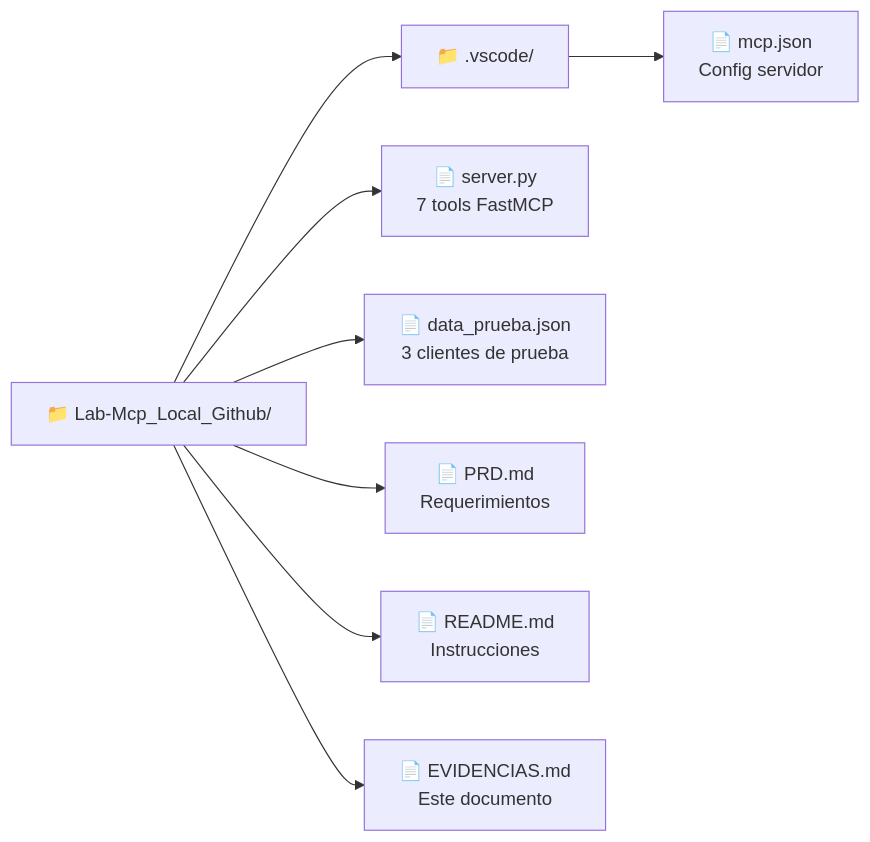
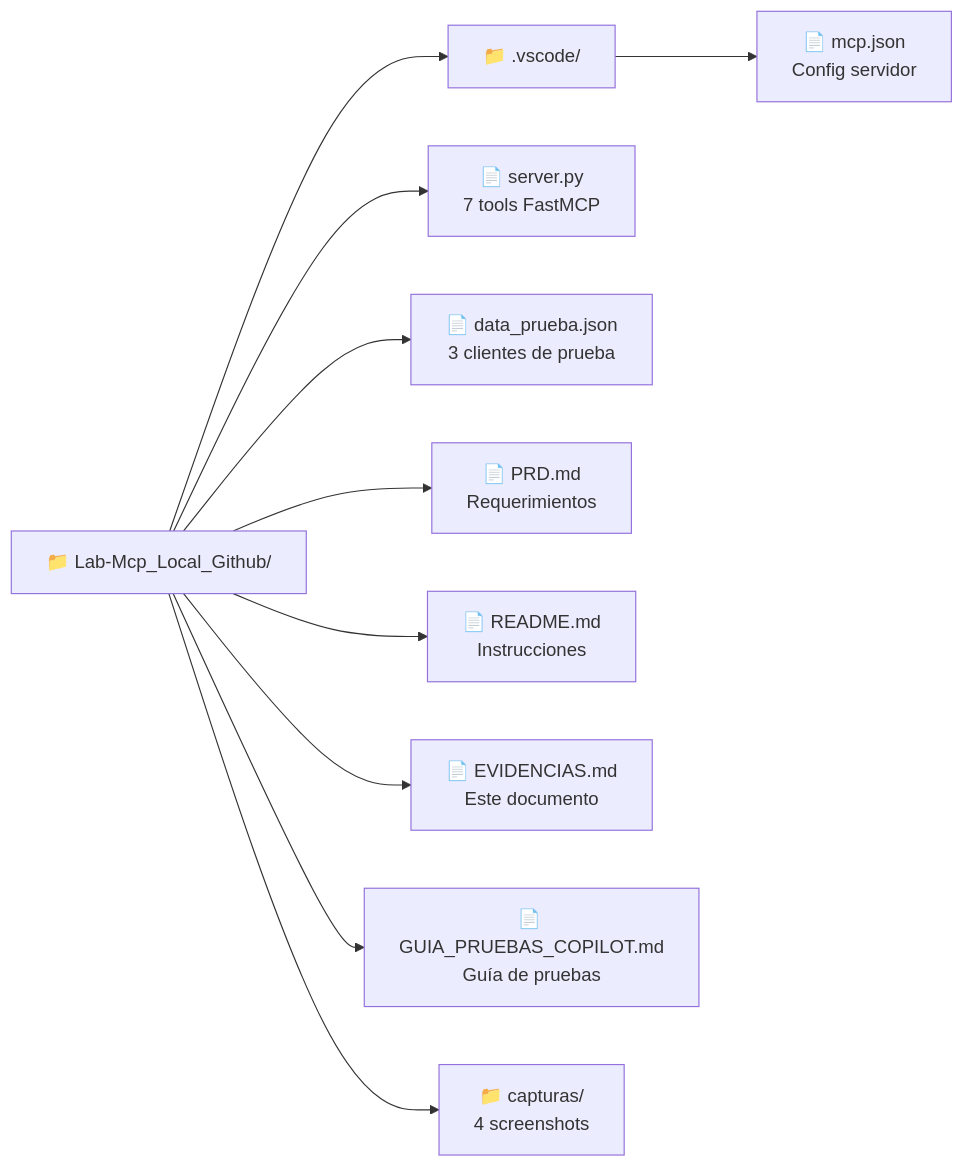
The third of 3 diagrams in EVIDENCIAS.md (RamsesSzobotka/Lab-Mcp_Local_Github), drawn with Mermaid before and after one commit. The commit also changed other lines of this file and 4 other files, not shown here.

````diff
--- a/EVIDENCIAS.md
+++ b/EVIDENCIAS.md
@@ -103,11 +102,13 @@
 ```mermaid
 graph LR
     A["📁 Lab-Mcp_Local_Github/"]
     A --> B["📁 .vscode/"]
     B --> B1["📄 mcp.json<br/>Config servidor"]
     A --> C["📄 server.py<br/>7 tools FastMCP"]
     A --> D["📄 data_prueba.json<br/>3 clientes de prueba"]
     A --> E["📄 PRD.md<br/>Requerimientos"]
     A --> F["📄 README.md<br/>Instrucciones"]
     A --> G["📄 EVIDENCIAS.md<br/>Este documento"]
+    A --> H["📄 GUIA_PRUEBAS_COPILOT.md<br/>Guía de pruebas"]
+    A --> I["📁 capturas/<br/>4 screenshots"]
 ```
````
